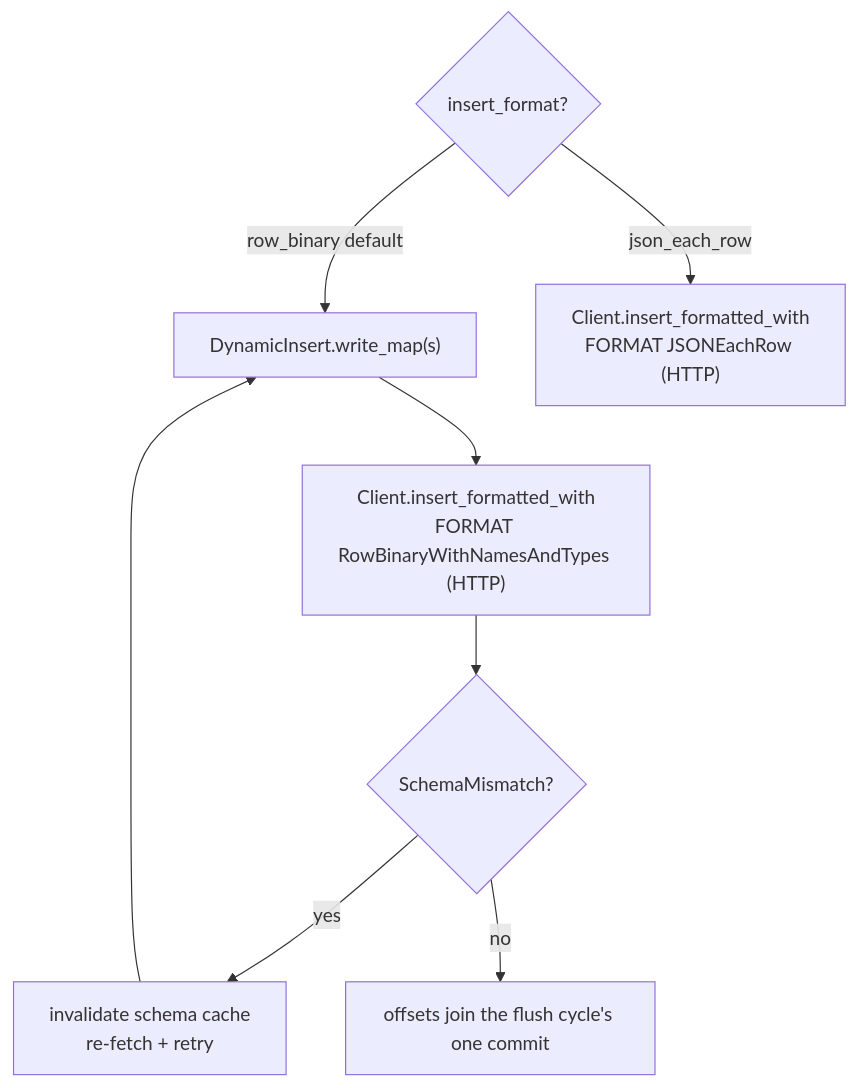
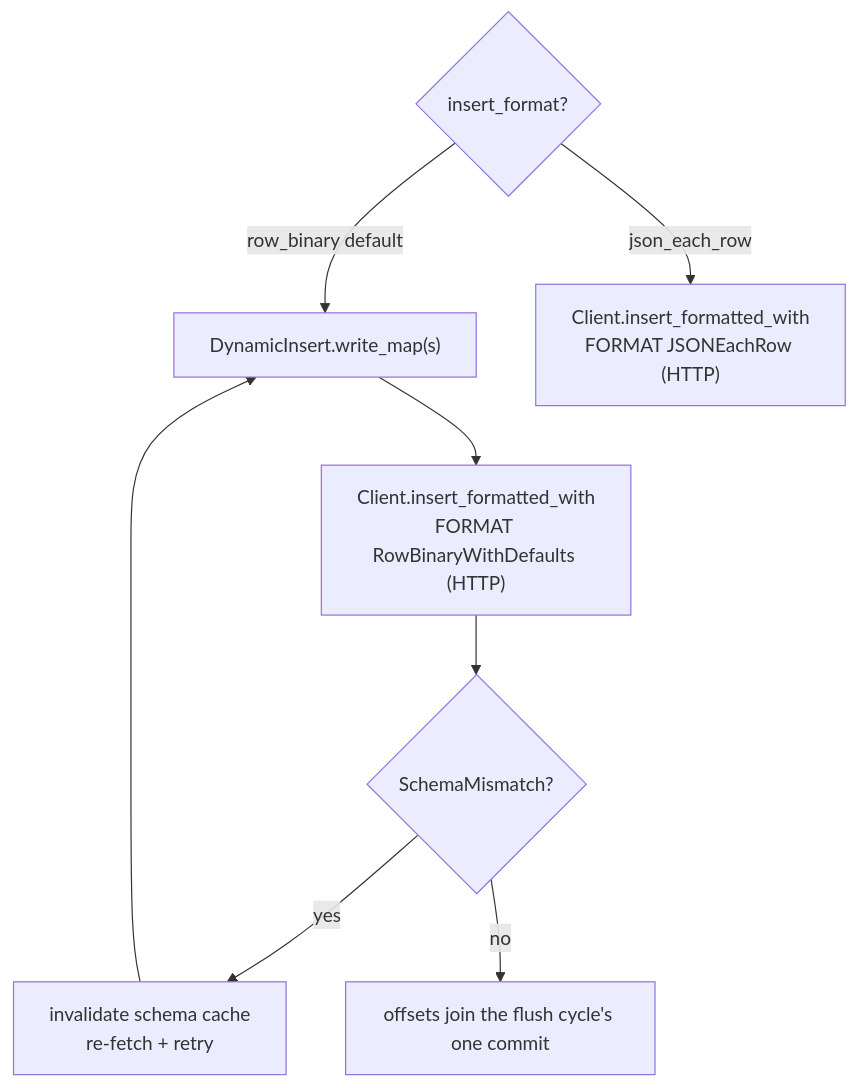
One commit to hyperi-io/dfe-loader changed the third of 3 diagrams in docs/architecture.md. Above: the diagram before and after it, drawn with Mermaid. The commit also changed other lines of this file and 69 other files, not shown here.

````diff
--- a/docs/architecture.md
+++ b/docs/architecture.md
@@ -98,15 +97,15 @@
 ```mermaid
 flowchart TB
     F{"insert_format?"}
     RB["DynamicInsert.write_map(s)"]
-    HTTP["Client.insert_formatted_with<br/>FORMAT RowBinaryWithNamesAndTypes (HTTP)"]
+    HTTP["Client.insert_formatted_with<br/>FORMAT RowBinaryWithDefaults (HTTP)"]
     JE["Client.insert_formatted_with<br/>FORMAT JSONEachRow (HTTP)"]
     SM{"SchemaMismatch?"}
     REC["invalidate schema cache<br/>re-fetch + retry"]
 
     F -->|row_binary default| RB --> HTTP
     F -->|json_each_row| JE
     HTTP --> SM
     SM -->|yes| REC --> RB
     SM -->|no| OK["offsets join the flush cycle's one commit"]
 ```
````
